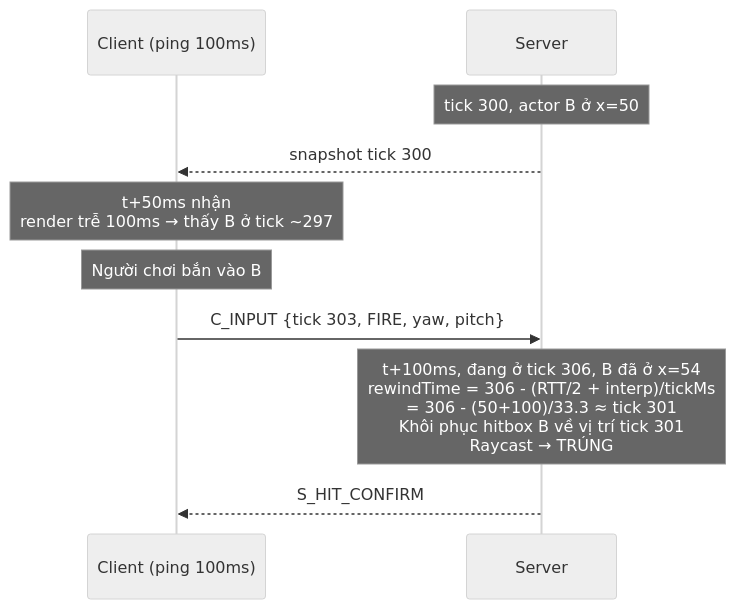
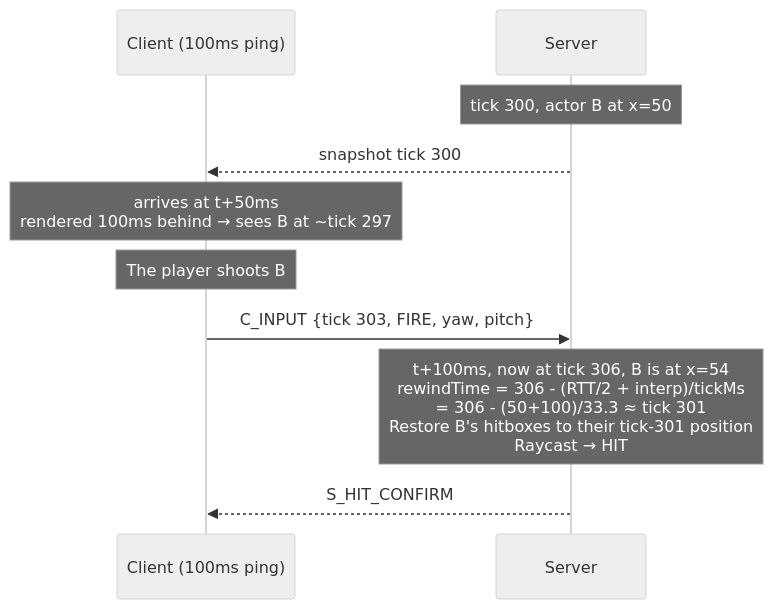
One commit to Nghaiz/LTM changed the second of 3 diagrams in plans/00-shared/protocol-spec.md. Above: the diagram before and after it, drawn with Mermaid (neutral theme). The commit also changed other lines of this file and 34 other files, not shown here.

````diff
--- a/plans/00-shared/protocol-spec.md
+++ b/plans/00-shared/protocol-spec.md
@@ -449,12 +453,12 @@
 ```mermaid
 sequenceDiagram
-    participant C as Client (ping 100ms)
+    participant C as Client (100ms ping)
     participant S as Server
-    Note over S: tick 300, actor B ở x=50
+    Note over S: tick 300, actor B at x=50
     S-->>C: snapshot tick 300
-    Note over C: t+50ms nhận<br/>render trễ 100ms → thấy B ở tick ~297
-    Note over C: Người chơi bắn vào B
+    Note over C: arrives at t+50ms<br/>rendered 100ms behind → sees B at ~tick 297
+    Note over C: The player shoots B
     C->>S: C_INPUT {tick 303, FIRE, yaw, pitch}
-    Note over S: t+100ms, đang ở tick 306, B đã ở x=54<br/>rewindTime = 306 - (RTT/2 + interp)/tickMs<br/>= 306 - (50+100)/33.3 ≈ tick 301<br/>Khôi phục hitbox B về vị trí tick 301<br/>Raycast → TRÚNG
+    Note over S: t+100ms, now at tick 306, B is at x=54<br/>rewindTime = 306 - (RTT/2 + interp)/tickMs<br/>= 306 - (50+100)/33.3 ≈ tick 301<br/>Restore B's hitboxes to their tick-301 position<br/>Raycast → HIT
     S-->>C: S_HIT_CONFIRM
 ```
````
